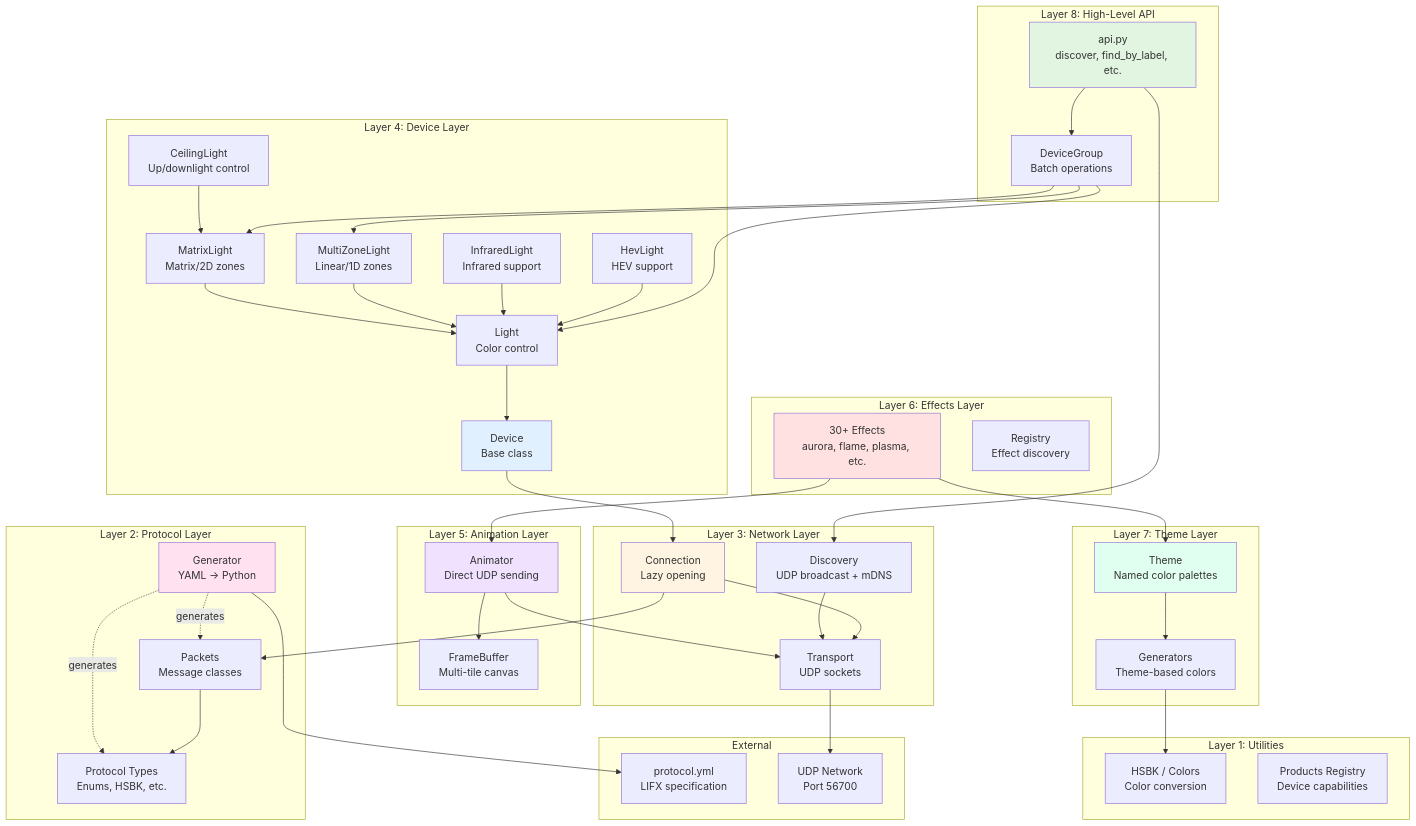
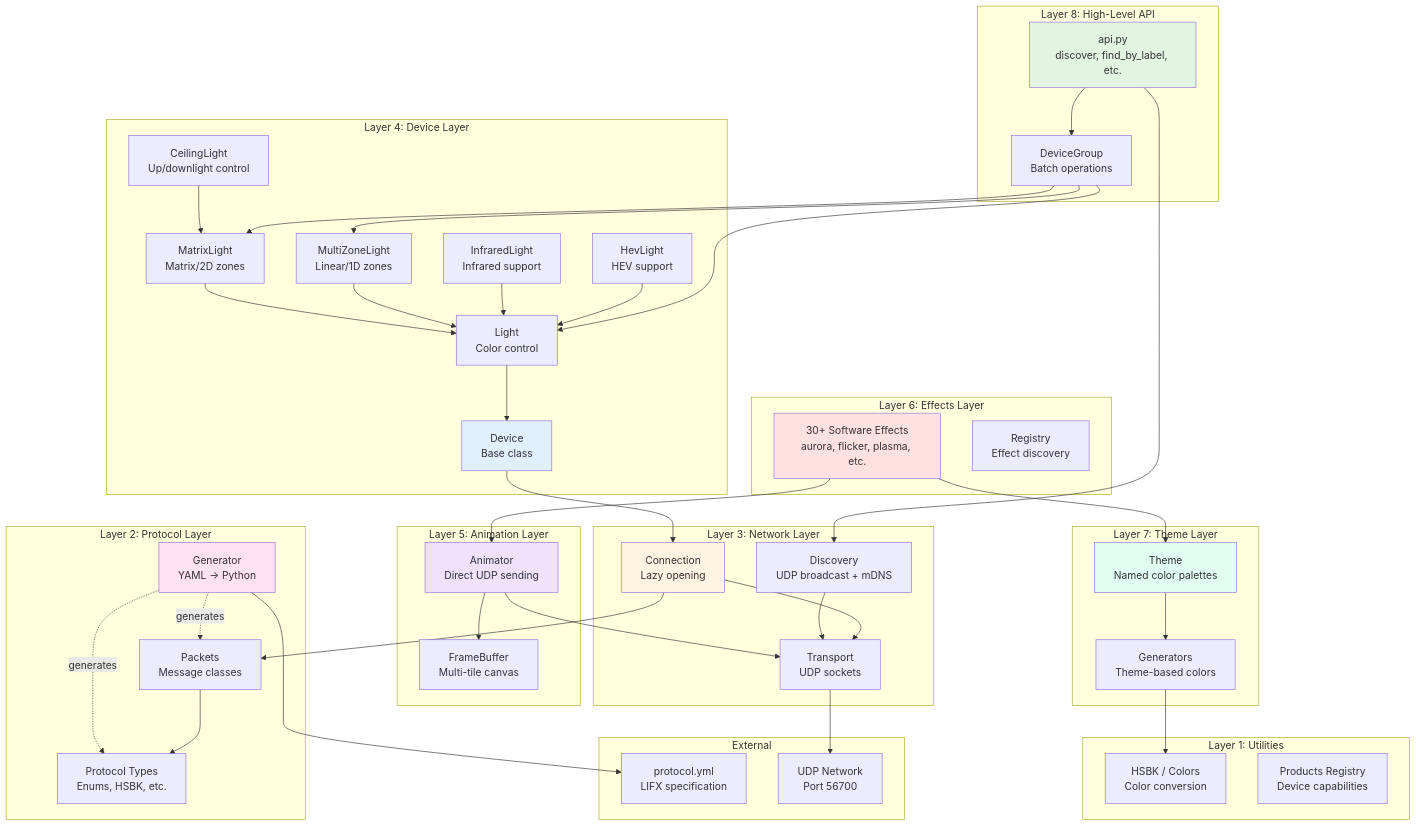
One commit to Djelibeybi/lifx-async changed the first of 3 diagrams in docs/architecture/overview.md. Above: the diagram before and after it, drawn with Mermaid. The commit also changed other lines of this file and 31 other files, not shown here.

```diff
--- a/docs/architecture/overview.md
+++ b/docs/architecture/overview.md
@@ -17,7 +17,7 @@
     end
 
     subgraph "Layer 6: Effects Layer"
-        Effects[30+ Effects<br/>aurora, flame, plasma, etc.]
+        Effects[30+ Software Effects<br/>aurora, flicker, plasma, etc.]
         Registry[Registry<br/>Effect discovery]
     end
 
```
